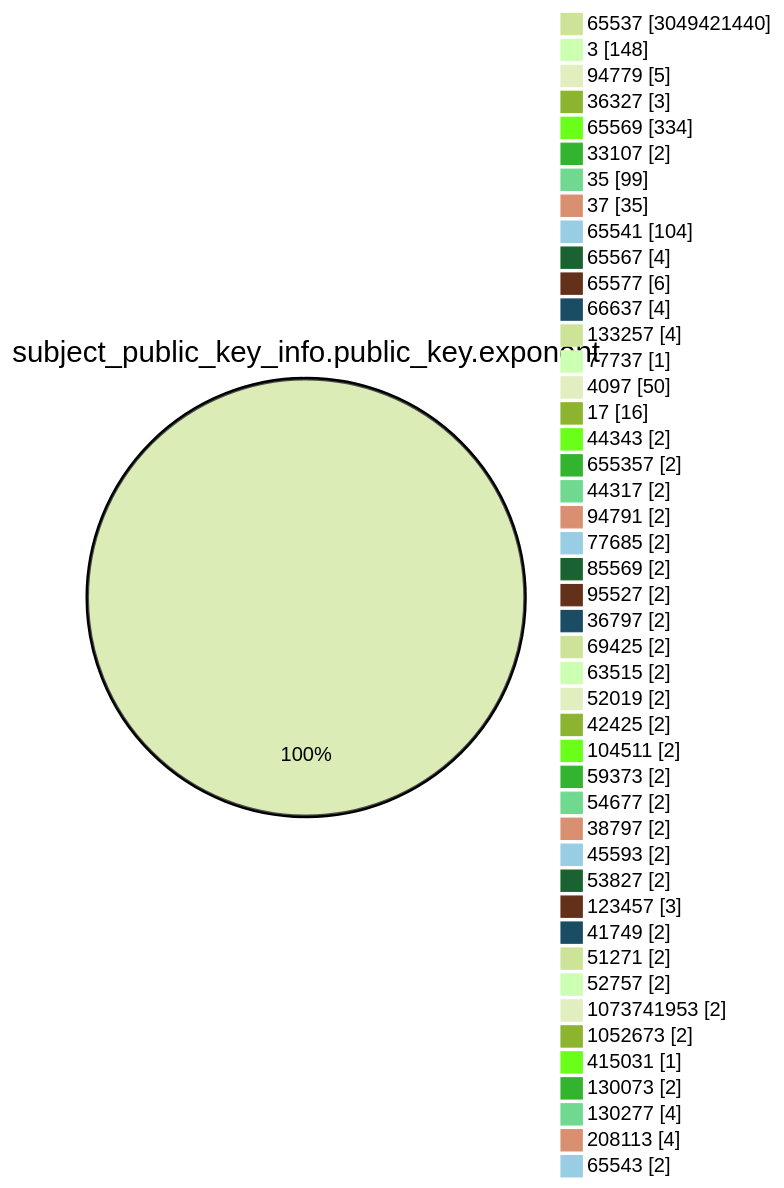
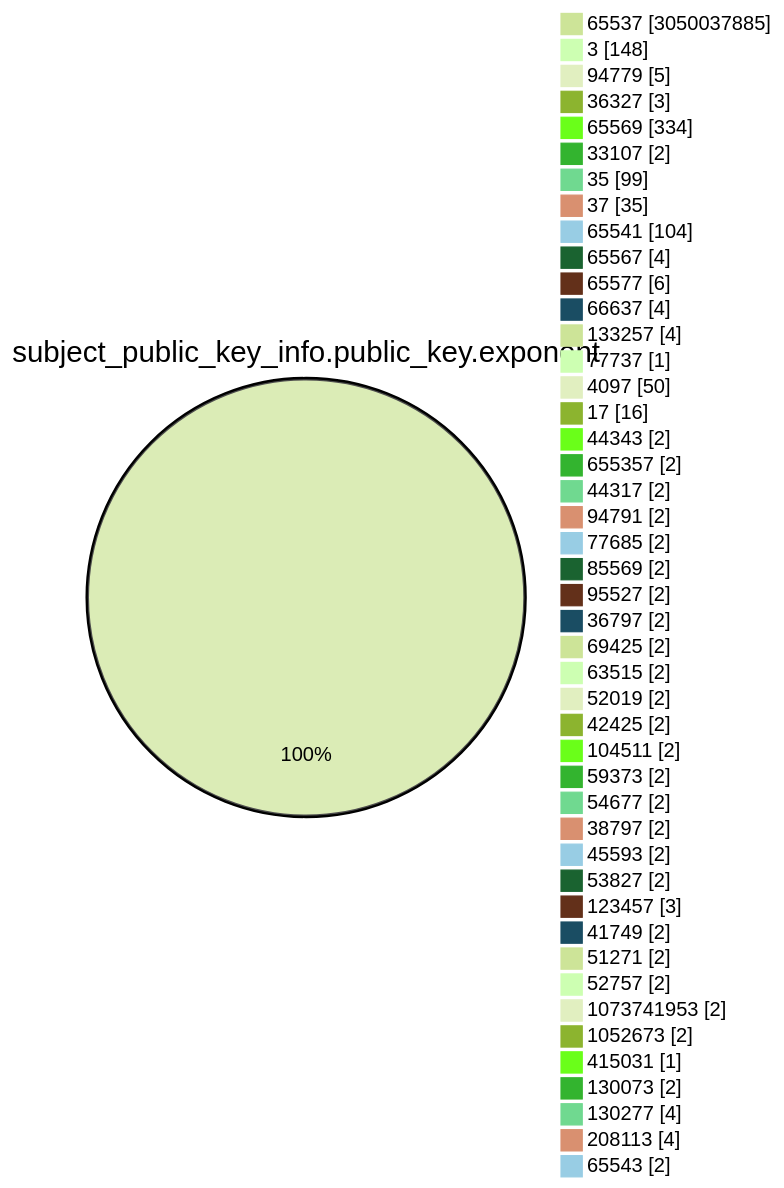
One commit to christiankrug/ctmonitor_visualization changed the fourth of 15 diagrams in TOTAL/README.md. Above: the diagram before and after it, drawn with Mermaid (forest theme). The commit also changed other lines of this file, not shown here.

````diff
--- a/TOTAL/README.md
+++ b/TOTAL/README.md
@@ -1473,49 +1473,49 @@
 ```mermaid
 pie showData
 title subject_public_key_info.public_key.exponent
-"65537" :3049421440
+"65537" :3050037885
 "3" :148
 "94779" :5
 "36327" :3
 "65569" :334
 "33107" :2
 "35" :99
 "37" :35
 "65541" :104
 "65567" :4
 "65577" :6
 "66637" :4
 "133257" :4
 "77737" :1
 "4097" :50
 "17" :16
 "44343" :2
 "655357" :2
 "44317" :2
 "94791" :2
 "77685" :2
 "85569" :2
 "95527" :2
 "36797" :2
 "69425" :2
 "63515" :2
 "52019" :2
 "42425" :2
 "104511" :2
 "59373" :2
 "54677" :2
 "38797" :2
 "45593" :2
 "53827" :2
 "123457" :3
 "41749" :2
 "51271" :2
 "52757" :2
 "1073741953" :2
 "1052673" :2
 "415031" :1
 "130073" :2
 "130277" :4
 "208113" :4
 "65543" :2
 ```
````
